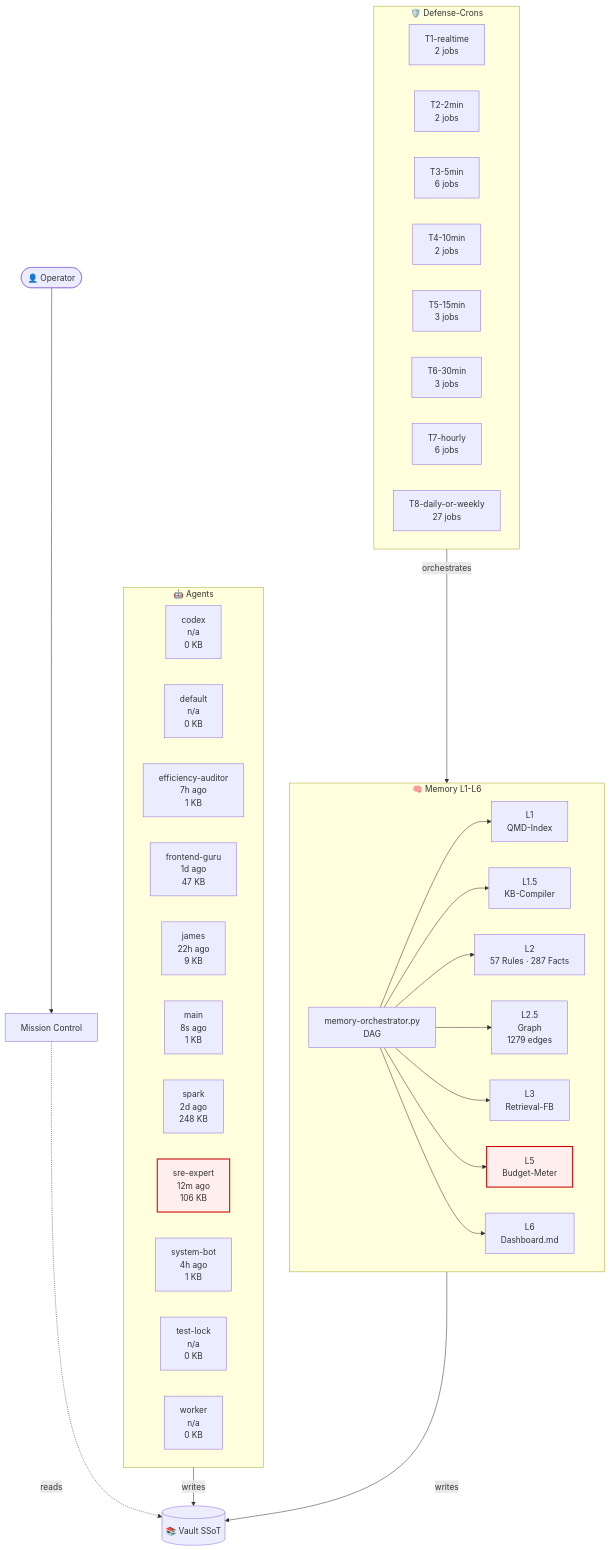
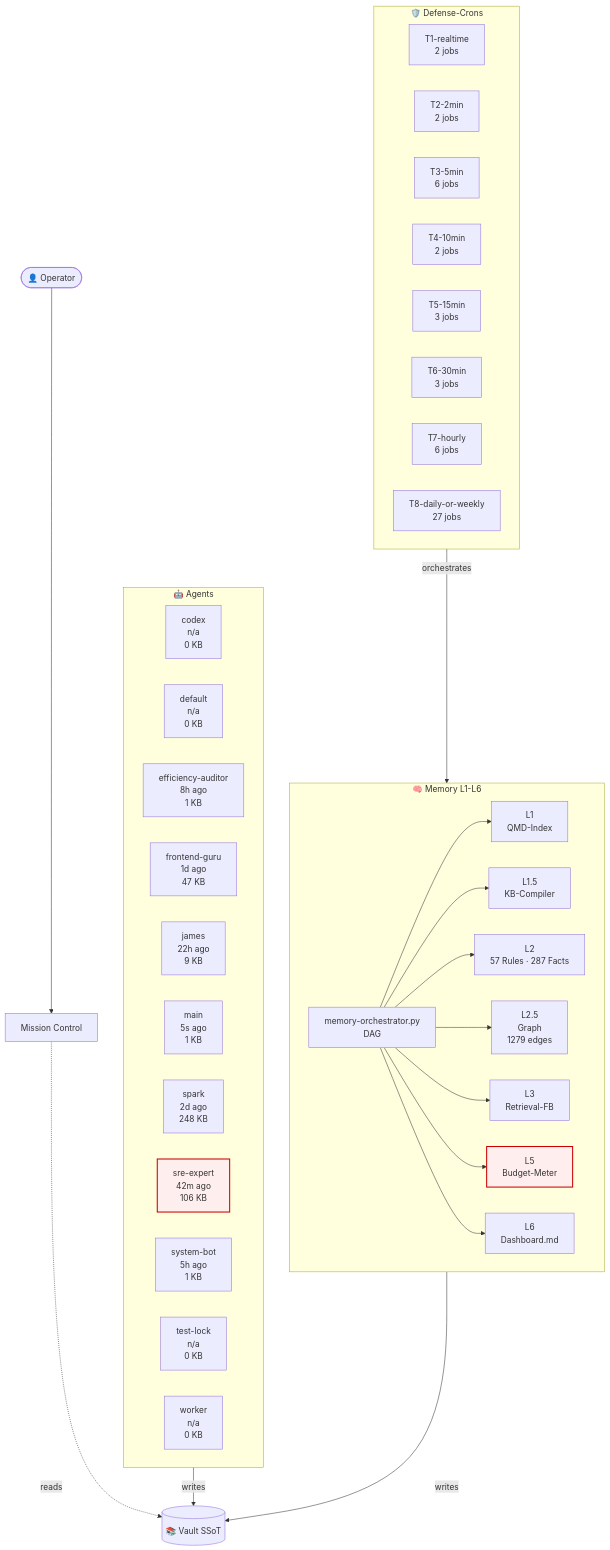
Before and after one commit to lenardhuebner88-rgb/openclaw-memory: the diagram in 03-Agents/architecture-live.md, drawn with Mermaid. The commit also changed other lines of this file and 17 other files, not shown here.

````diff
--- a/03-Agents/architecture-live.md
+++ b/03-Agents/architecture-live.md
@@ -18,54 +18,54 @@
 ```mermaid
 flowchart TB
     classDef critical fill:#fee,stroke:#c00,stroke-width:2px;
     subgraph AGT["🤖 Agents"]
         agent_codex["codex<br/>n/a<br/>0 KB"]
         agent_default["default<br/>n/a<br/>0 KB"]
-        agent_efficiency_auditor["efficiency-auditor<br/>7h ago<br/>1 KB"]
+        agent_efficiency_auditor["efficiency-auditor<br/>8h ago<br/>1 KB"]
         agent_frontend_guru["frontend-guru<br/>1d ago<br/>47 KB"]
         agent_james["james<br/>22h ago<br/>9 KB"]
-        agent_main["main<br/>8s ago<br/>1 KB"]
+        agent_main["main<br/>5s ago<br/>1 KB"]
         agent_spark["spark<br/>2d ago<br/>248 KB"]
-        agent_sre_expert["sre-expert<br/>12m ago<br/>106 KB"]
-        agent_system_bot["system-bot<br/>4h ago<br/>1 KB"]
+        agent_sre_expert["sre-expert<br/>42m ago<br/>106 KB"]
+        agent_system_bot["system-bot<br/>5h ago<br/>1 KB"]
         agent_test_lock["test-lock<br/>n/a<br/>0 KB"]
         agent_worker["worker<br/>n/a<br/>0 KB"]
     end
     subgraph MEM["🧠 Memory L1-L6"]
         L1["L1<br/>QMD-Index"]
         L15["L1.5<br/>KB-Compiler"]
         L2["L2<br/>57 Rules · 287 Facts"]
         L25["L2.5<br/>Graph<br/>1279 edges"]
         L3["L3<br/>Retrieval-FB"]
         L5["L5<br/>Budget-Meter"]
         L6["L6<br/>Dashboard.md"]
         ORCH["memory-orchestrator.py<br/>DAG"]
     end
     subgraph CRN["🛡️ Defense-Crons"]
         tier_T1_realtime["T1-realtime<br/>2 jobs"]
         tier_T2_2min["T2-2min<br/>2 jobs"]
         tier_T3_5min["T3-5min<br/>6 jobs"]
         tier_T4_10min["T4-10min<br/>2 jobs"]
         tier_T5_15min["T5-15min<br/>3 jobs"]
         tier_T6_30min["T6-30min<br/>3 jobs"]
         tier_T7_hourly["T7-hourly<br/>6 jobs"]
         tier_T8_daily_or_weekly["T8-daily-or-weekly<br/>27 jobs"]
     end
     VAULT[("📚 Vault SSoT")]
     OP([👤 Operator])
     MC["Mission Control"]
     OP --> MC
     MC -.reads.-> VAULT
     AGT -->|writes| VAULT
     MEM -->|writes| VAULT
     ORCH --> L1
     ORCH --> L15
     ORCH --> L2
     ORCH --> L25
     ORCH --> L3
     ORCH --> L5
     ORCH --> L6
     CRN -->|orchestrates| MEM
     class L5 critical
     class agent_sre_expert critical
 ```
````
